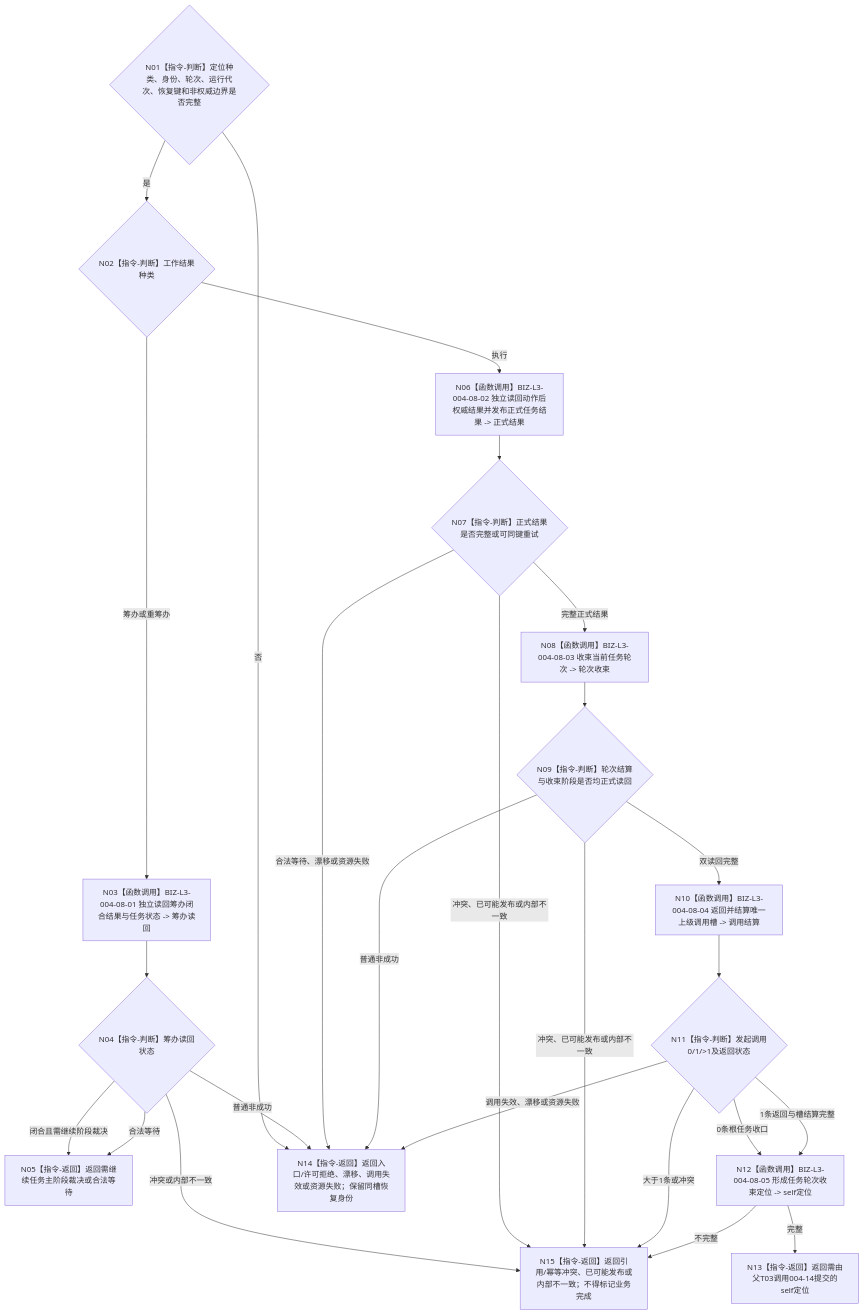
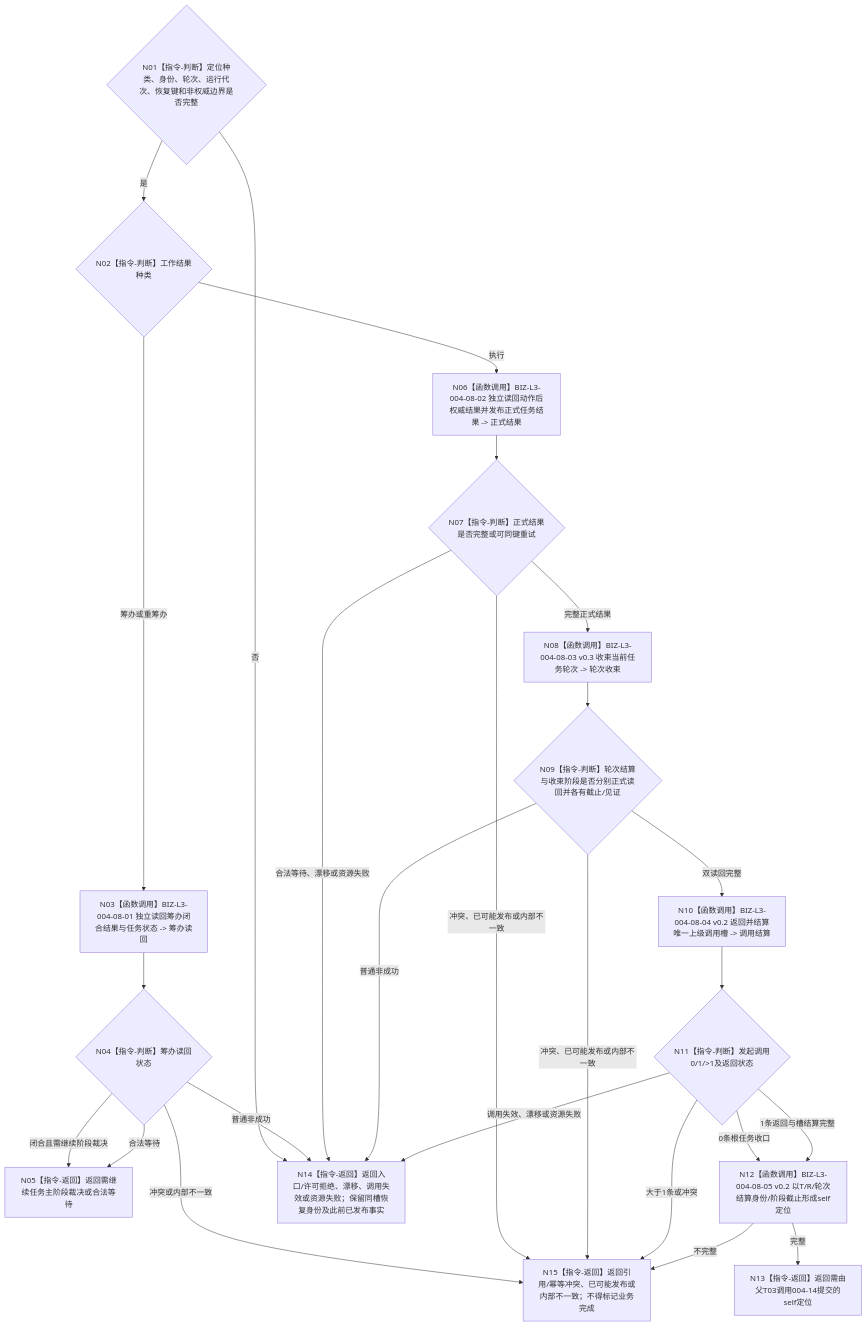
One commit to chunhaizh-cyber/HY-Ego changed the diagram in 流程图/目标业务流程图/L2/BIZ-L2-004-08_上报一条任务工作结果_目标函数流程图_v0.2.md. Above: the diagram before and after it, drawn with Mermaid. The commit also changed other lines of this file and 24 other files, not shown here.

````diff
--- a/流程图/目标业务流程图/L2/BIZ-L2-004-08_上报一条任务工作结果_目标函数流程图_v0.2.md
+++ b/流程图/目标业务流程图/L2/BIZ-L2-004-08_上报一条任务工作结果_目标函数流程图_v0.2.md
@@ -37,43 +37,43 @@
 ```mermaid
 flowchart TD
     N01{"N01【指令-判断】定位种类、身份、轮次、运行代次、恢复键和非权威边界是否完整"}
     N02{"N02【指令-判断】工作结果种类"}
     N03["N03【函数调用】BIZ-L3-004-08-01 独立读回筹办闭合结果与任务状态 -> 筹办读回"]
     N04{"N04【指令-判断】筹办读回状态"}
     N05["N05【指令-返回】返回需继续任务主阶段裁决或合法等待"]
 
     N06["N06【函数调用】BIZ-L3-004-08-02 独立读回动作后权威结果并发布正式任务结果 -> 正式结果"]
     N07{"N07【指令-判断】正式结果是否完整或可同键重试"}
-    N08["N08【函数调用】BIZ-L3-004-08-03 收束当前任务轮次 -> 轮次收束"]
-    N09{"N09【指令-判断】轮次结算与收束阶段是否均正式读回"}
-    N10["N10【函数调用】BIZ-L3-004-08-04 返回并结算唯一上级调用槽 -> 调用结算"]
+    N08["N08【函数调用】BIZ-L3-004-08-03 v0.3 收束当前任务轮次 -> 轮次收束"]
+    N09{"N09【指令-判断】轮次结算与收束阶段是否分别正式读回并各有截止/见证"}
+    N10["N10【函数调用】BIZ-L3-004-08-04 v0.2 返回并结算唯一上级调用槽 -> 调用结算"]
     N11{"N11【指令-判断】发起调用0/1/>1及返回状态"}
-    N12["N12【函数调用】BIZ-L3-004-08-05 形成任务轮次收束定位 -> self定位"]
+    N12["N12【函数调用】BIZ-L3-004-08-05 v0.2 以T/R/轮次结算身份/阶段截止形成self定位"]
     N13["N13【指令-返回】返回需由父T03调用004-14提交的self定位"]
 
-    N14["N14【指令-返回】返回入口/许可拒绝、漂移、调用失效或资源失败；保留同槽恢复身份"]
+    N14["N14【指令-返回】返回入口/许可拒绝、漂移、调用失效或资源失败；保留同槽恢复身份及此前已发布事实"]
     N15["N15【指令-返回】返回引用/幂等冲突、已可能发布或内部不一致；不得标记业务完成"]
 
     N01 -->|否| N14
     N01 -->|是| N02
     N02 -->|筹办或重筹办| N03 --> N04
     N04 -->|闭合且需继续阶段裁决| N05
     N04 -->|合法等待| N05
     N04 -->|普通非成功| N14
     N04 -->|冲突或内部不一致| N15
     N02 -->|执行| N06 --> N07
     N07 -->|完整正式结果| N08
     N07 -->|合法等待、漂移或资源失败| N14
     N07 -->|冲突、已可能发布或内部不一致| N15
     N08 --> N09
     N09 -->|双读回完整| N10
     N09 -->|普通非成功| N14
     N09 -->|冲突、已可能发布或内部不一致| N15
     N10 --> N11
     N11 -->|0条根任务收口| N12
     N11 -->|1条返回与槽结算完整| N12
     N11 -->|调用失效、漂移或资源失败| N14
     N11 -->|大于1条或冲突| N15
     N12 -->|完整| N13
     N12 -->|不完整| N15
 ```
````
